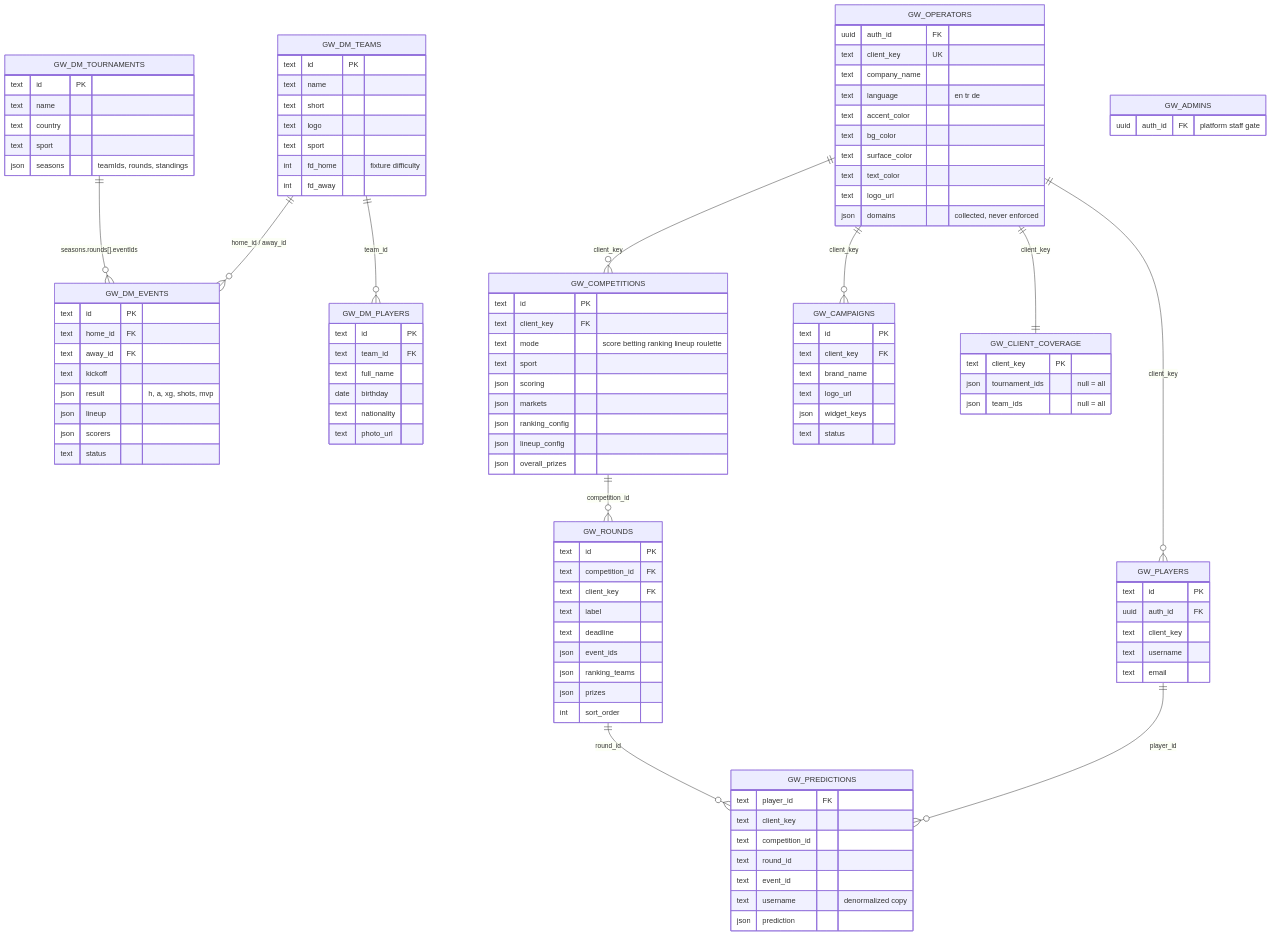
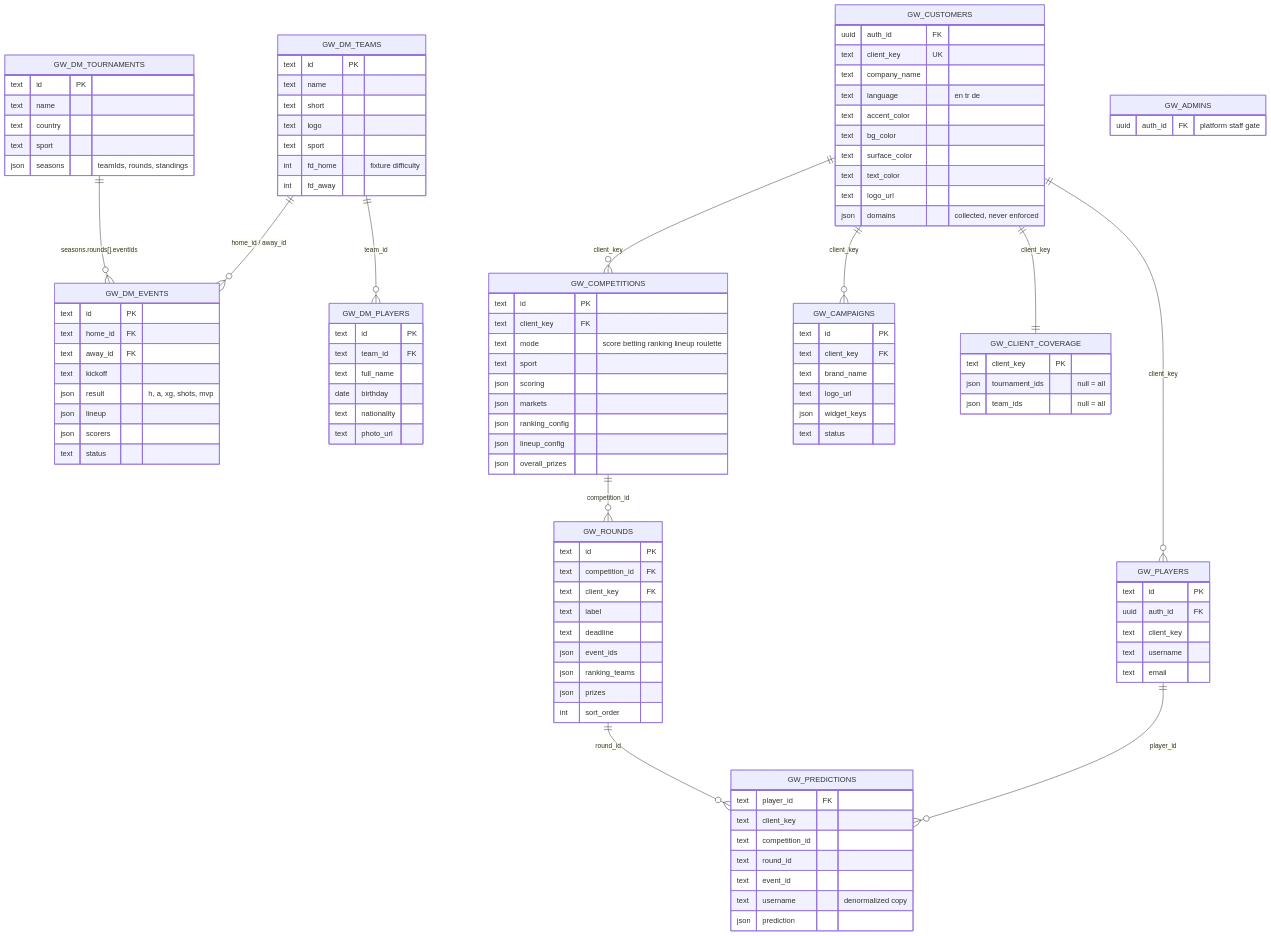
The third of 8 diagrams in docs/ARCHITECTURE.md (matchinist/gameweek), drawn with Mermaid before and after one commit. The commit also changed other lines of this file and 42 other files, not shown here.

First line of the commit message:
Rename operators to customers across DB, apps, Edge Functions and docs

```diff
--- a/docs/ARCHITECTURE.md
+++ b/docs/ARCHITECTURE.md
@@ -106,10 +106,10 @@
     GW_DM_TEAMS       ||--o{ GW_DM_EVENTS : "home_id / away_id"
     GW_DM_TEAMS       ||--o{ GW_DM_PLAYERS : "team_id"
 
-    GW_OPERATORS    ||--o{ GW_COMPETITIONS : client_key
-    GW_OPERATORS    ||--o{ GW_PLAYERS      : client_key
-    GW_OPERATORS    ||--o{ GW_CAMPAIGNS    : client_key
-    GW_OPERATORS    ||--|| GW_CLIENT_COVERAGE : client_key
+    GW_CUSTOMERS    ||--o{ GW_COMPETITIONS : client_key
+    GW_CUSTOMERS    ||--o{ GW_PLAYERS      : client_key
+    GW_CUSTOMERS    ||--o{ GW_CAMPAIGNS    : client_key
+    GW_CUSTOMERS    ||--|| GW_CLIENT_COVERAGE : client_key
     GW_COMPETITIONS ||--o{ GW_ROUNDS       : competition_id
     GW_ROUNDS       ||--o{ GW_PREDICTIONS  : round_id
     GW_PLAYERS      ||--o{ GW_PREDICTIONS  : player_id
@@ -148,7 +148,7 @@
         text nationality
         text photo_url
     }
-    GW_OPERATORS {
+    GW_CUSTOMERS {
         uuid auth_id FK
         text client_key UK
         text company_name
```
